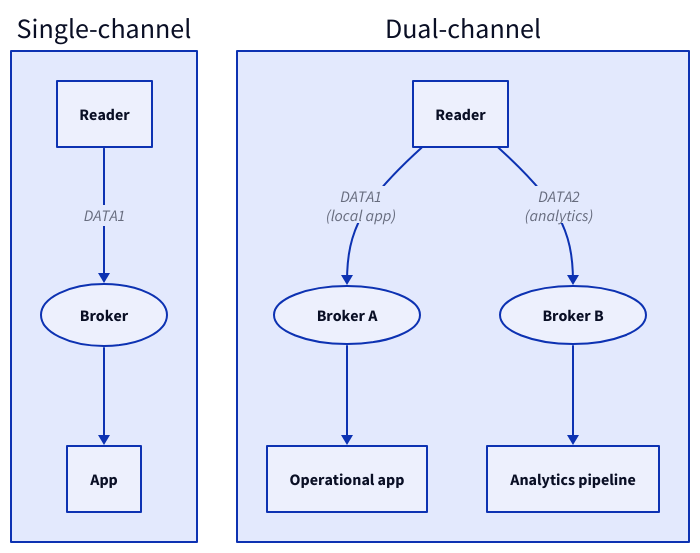
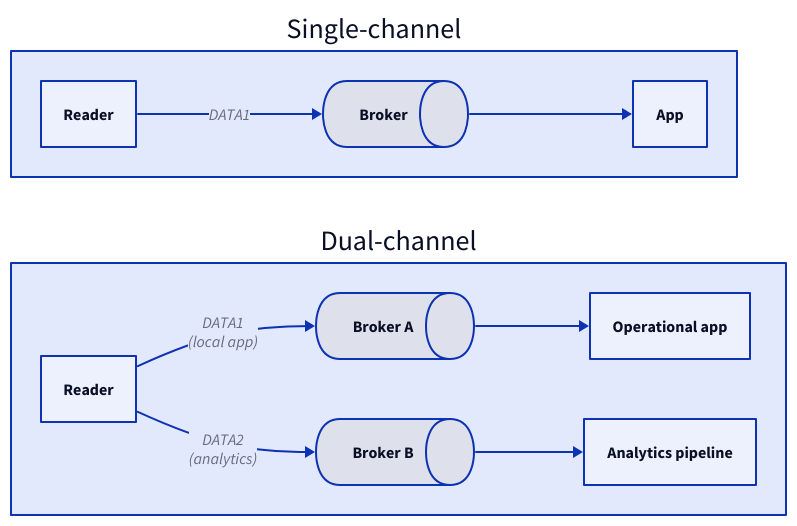
One commit to admiral-ai/zebra-handheld-rfid-iotc changed the diagram in docs/rfid/tag-data/dual-channels.md. Above: the diagram before and after it, drawn with D2. The commit also changed 40 other files, not shown here.

First line of the commit message:
Redesign all 54 D2 diagrams to a unified visual system

````diff
--- a/docs/rfid/tag-data/dual-channels.md
+++ b/docs/rfid/tag-data/dual-channels.md
@@ -24,22 +24,24 @@
 ```d2
+direction: right
 S: Single-channel {
   direction: right
   SR: Reader
-  SB: Broker { shape: oval }
+  SB: Broker { shape: queue }
   SA: App
   SR -> SB: DATA1
   SB -> SA
 }
-D: Dual-channel {
+Dc: Dual-channel {
   direction: right
   DR: Reader
-  DB1: Broker A { shape: oval }
+  DB1: Broker A { shape: queue }
   DA1: Operational app
-  DB2: Broker B { shape: oval }
+  DB2: Broker B { shape: queue }
   DA2: Analytics pipeline
   DR -> DB1: "DATA1\n(local app)"
   DB1 -> DA1
   DR -> DB2: "DATA2\n(analytics)"
   DB2 -> DA2
 }
+
 ```
````
